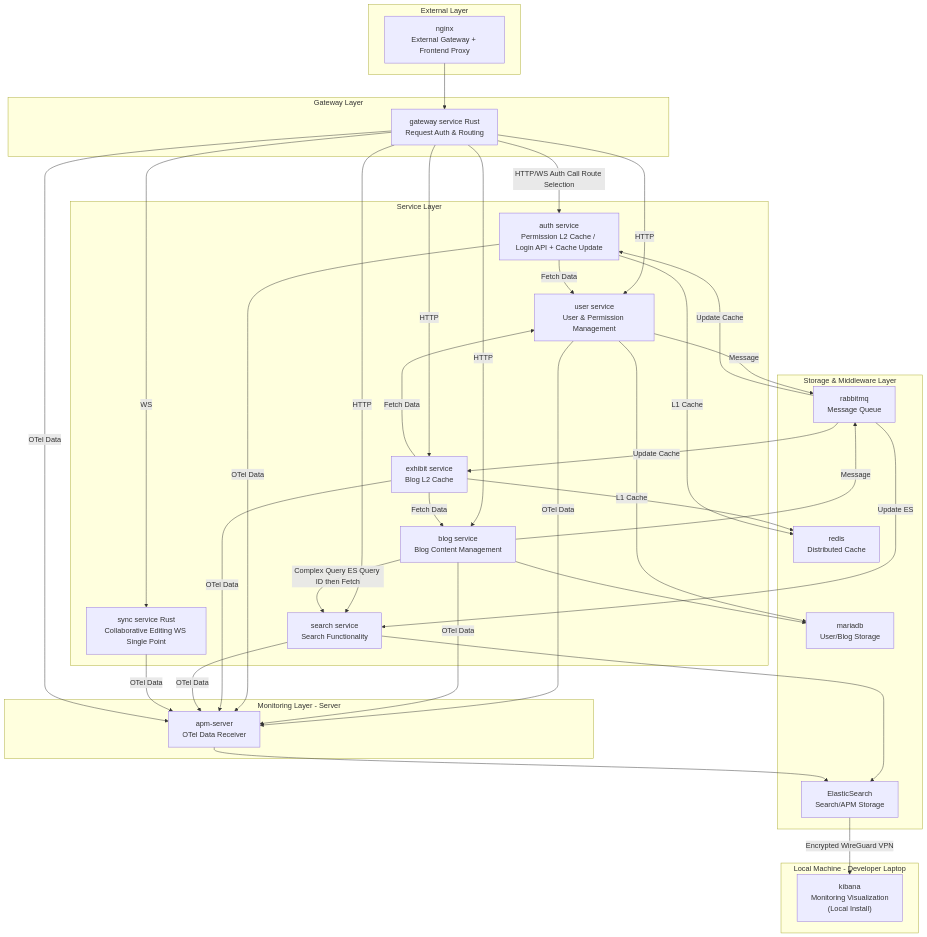
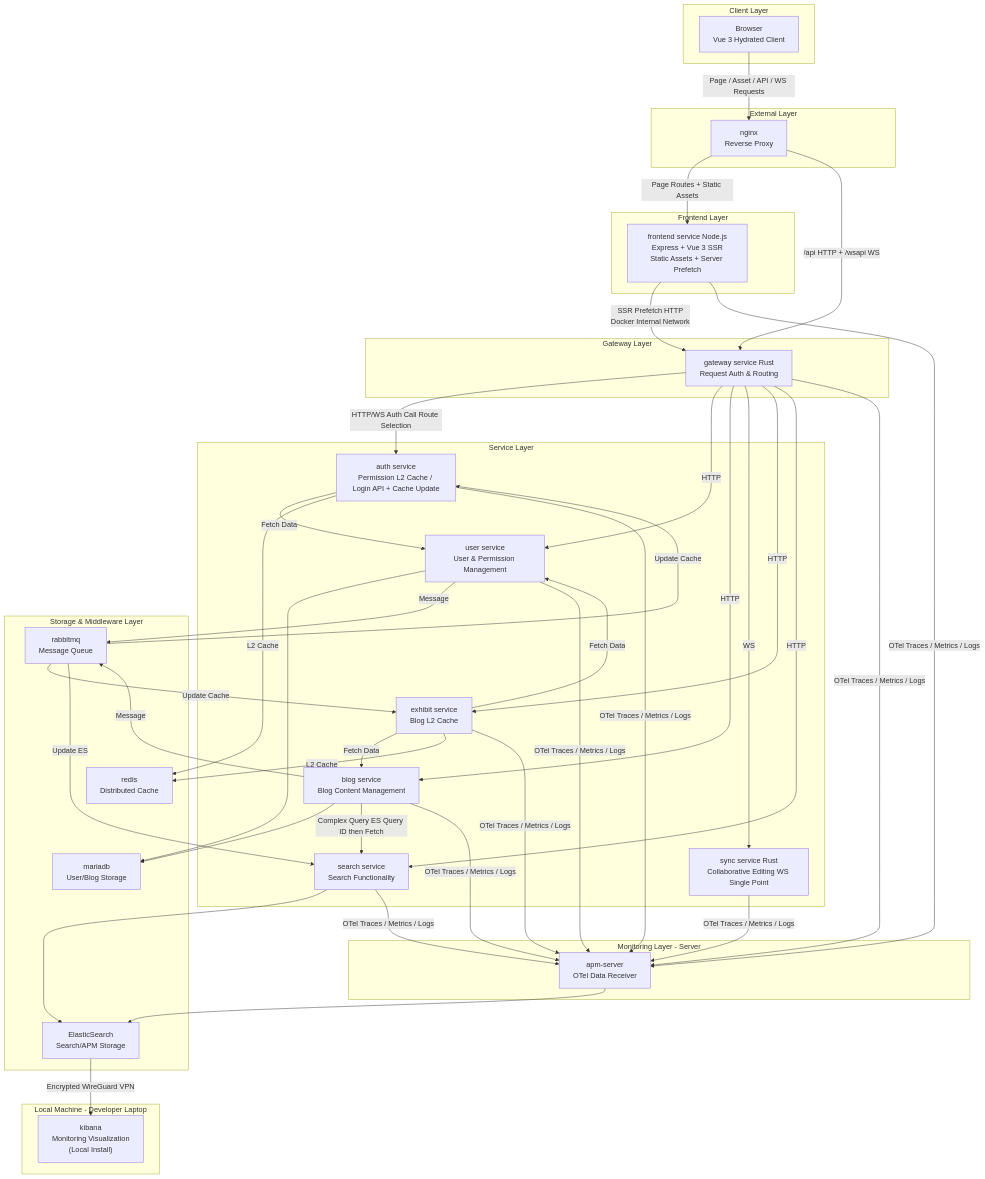
The diagram in README.md (mingchiuli/megalith-micro), drawn with Mermaid before and after one commit. The commit also changed other lines of this file and 4 other files, not shown here.

Commit message:
feat: align architecture and telemetry propagation

````diff
--- a/README.md
+++ b/README.md
@@ -11,58 +12,67 @@
 ```mermaid
 graph TD
     %% Layer Definitions
+    subgraph ClientLayer[Client Layer]
+        Browser["Browser<br/>Vue 3 Hydrated Client"]
+    end
     subgraph ExternalLayer[External Layer]
-        Nginx["nginx<br/>External Gateway + Frontend Proxy"]
+        Nginx["nginx<br/>Reverse Proxy"]
+    end
+    subgraph FrontendLayer[Frontend Layer]
+        Frontend["frontend service Node.js<br/>Express + Vue 3 SSR<br/>Static Assets + Server Prefetch"]
     end
     subgraph GatewayLayer[Gateway Layer]
         Gateway["gateway service Rust<br/>Request Auth & Routing"]
     end
     subgraph ServiceLayer[Service Layer]
         Auth["auth service<br/>Permission L2 Cache / Login API + Cache Update"]
         User["user service<br/>User & Permission Management"]
         Blog["blog service<br/>Blog Content Management"]
         Sync["sync service Rust<br/>Collaborative Editing WS Single Point"]
         Exhibit["exhibit service<br/>Blog L2 Cache"]
         Search["search service<br/>Search Functionality"]
     end
     subgraph StorageLayer[Storage & Middleware Layer]
         MariaDB["mariadb<br/>User/Blog Storage"]
         Redis["redis<br/>Distributed Cache"]
         RabbitMQ["rabbitmq<br/>Message Queue"]
         ES["ElasticSearch<br/>Search/APM Storage"]
     end
     subgraph MonitoringLayer[Monitoring Layer - Server]
         APMServer["apm-server<br/>OTel Data Receiver"]
     end
     subgraph LocalMachine[Local Machine - Developer Laptop]
         Kibana["kibana<br/>Monitoring Visualization<br/>(Local Install)"]
     end
-    %% Traffic Flow Sync uses WS others HTTP
-    Nginx --> Gateway
+    %% Traffic Flow: page requests use SSR; browser API calls bypass Node
+    Browser -->|Page / Asset / API / WS Requests| Nginx
+    Nginx -->|Page Routes + Static Assets| Frontend
+    Nginx -->|/api HTTP + /wsapi WS| Gateway
+    Frontend -->|SSR Prefetch HTTP<br/>Docker Internal Network| Gateway
     Gateway -->|HTTP/WS Auth Call Route Selection| Auth
     Gateway -->|HTTP| User
     Gateway -->|HTTP| Blog
     Gateway -->|WS| Sync
     Gateway -->|HTTP| Exhibit
     Gateway -->|HTTP| Search
     %% Business Dependencies
     User --> MariaDB
     Blog --> MariaDB
     Exhibit -->|Fetch Data| User
     Exhibit -->|Fetch Data| Blog
     Auth -->|Fetch Data| User
     Search --> ES
     Blog -->|Complex Query ES Query ID then Fetch| Search
     %% Messages & Cache Auth receives RabbitMQ messages to update cache
     User -->|Message| RabbitMQ
     Blog -->|Message| RabbitMQ
     RabbitMQ -->|Update Cache| Exhibit
     RabbitMQ -->|Update ES| Search
     RabbitMQ -->|Update Cache| Auth
-    Exhibit -->|L1 Cache| Redis
-    Auth -->|L1 Cache| Redis
+    Exhibit -->|L2 Cache| Redis
+    Auth -->|L2 Cache| Redis
     %% Monitoring Flow
-    User & Blog & Auth & Exhibit & Search & Sync & Gateway -->|OTel Data| APMServer
+    Frontend & User & Blog & Auth & Exhibit & Search & Sync & Gateway -->|OTel Traces / Metrics / Logs| APMServer
     APMServer --> ES
     ES -->|Encrypted WireGuard VPN| Kibana
 ```
````
